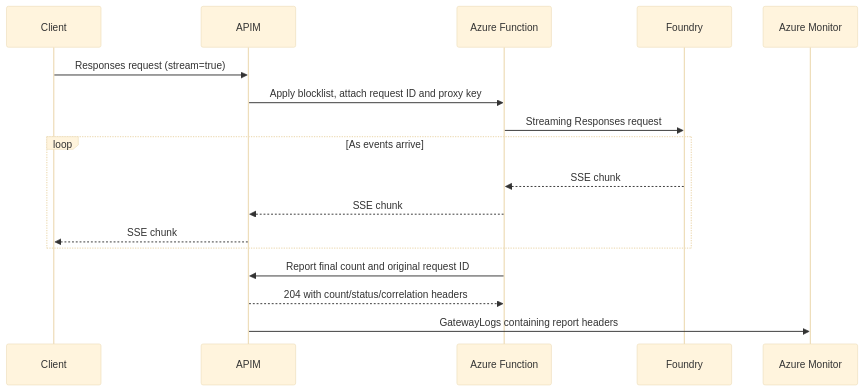
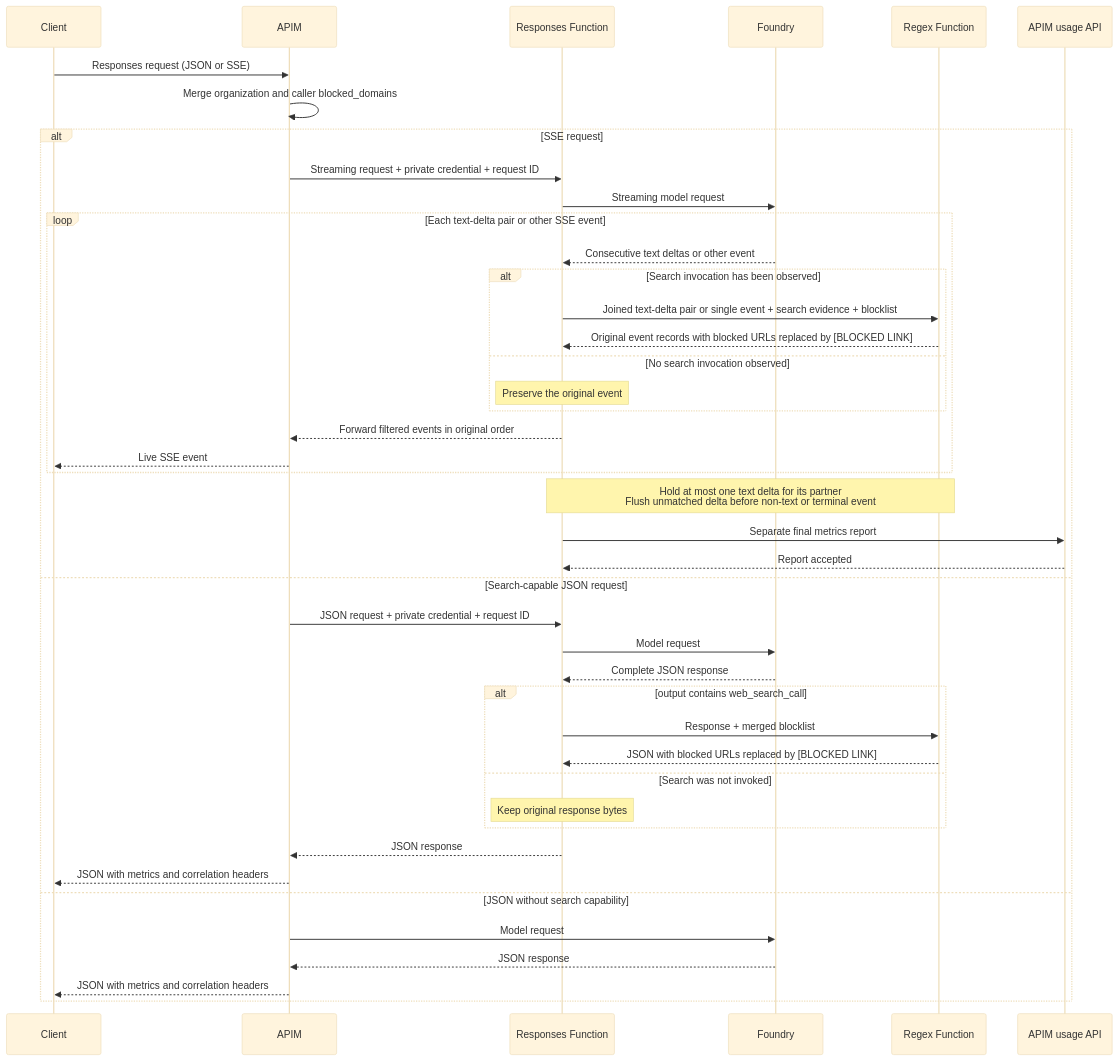
One commit to jakeatmsft/AI-Gateway changed the second of 2 diagrams in labs/ai-foundry-web-search-blocklist/README.md. Above: the diagram before and after it, drawn with Mermaid (base theme). The commit also changed other lines of this file and 55 other files, not shown here.

Commit message:
adding example for search blocklist

````diff
--- a/labs/ai-foundry-web-search-blocklist/README.md
+++ b/labs/ai-foundry-web-search-blocklist/README.md
@@ -11,20 +42,45 @@
 ```mermaid
 sequenceDiagram
     participant Client
     participant APIM
-    participant Proxy as Azure Function
+    participant Proxy as Responses Function
     participant Foundry
-    participant Logs as Azure Monitor
-
-    Client->>APIM: Responses request (stream=true)
-    APIM->>Proxy: Apply blocklist, attach request ID and proxy key
-    Proxy->>Foundry: Streaming Responses request
-    loop As events arrive
-        Foundry-->>Proxy: SSE chunk
-        Proxy-->>APIM: SSE chunk
-        APIM-->>Client: SSE chunk
+    participant Redactor as Regex Function
+    participant Usage as APIM usage API
+    Client->>APIM: Responses request (JSON or SSE)
+    APIM->>APIM: Merge organization and caller blocked_domains
+    alt SSE request
+        APIM->>Proxy: Streaming request + private credential + request ID
+        Proxy->>Foundry: Streaming model request
+        loop Each text-delta pair or other SSE event
+            Foundry-->>Proxy: Consecutive text deltas or other event
+            alt Search invocation has been observed
+                Proxy->>Redactor: Joined text-delta pair or single event + search evidence + blocklist
+                Redactor-->>Proxy: Original event records with blocked URLs replaced by [BLOCKED LINK]
+            else No search invocation observed
+                Note over Proxy: Preserve the original event
+            end
+            Proxy-->>APIM: Forward filtered events in original order
+            APIM-->>Client: Live SSE event
+        end
+        Note over Proxy,Redactor: Hold at most one text delta for its partner<br/>Flush unmatched delta before non-text or terminal event
+        Proxy->>Usage: Separate final metrics report
+        Usage-->>Proxy: Report accepted
+    else Search-capable JSON request
+        APIM->>Proxy: JSON request + private credential + request ID
+        Proxy->>Foundry: Model request
+        Foundry-->>Proxy: Complete JSON response
+        alt output contains web_search_call
+            Proxy->>Redactor: Response + merged blocklist
+            Redactor-->>Proxy: JSON with blocked URLs replaced by [BLOCKED LINK]
+        else Search was not invoked
+            Note over Proxy: Keep original response bytes
+        end
+        Proxy-->>APIM: JSON response
+        APIM-->>Client: JSON with metrics and correlation headers
+    else JSON without search capability
+        APIM->>Foundry: Model request
+        Foundry-->>APIM: JSON response
+        APIM-->>Client: JSON with metrics and correlation headers
     end
-    Proxy->>APIM: Report final count and original request ID
-    APIM-->>Proxy: 204 with count/status/correlation headers
-    APIM->>Logs: GatewayLogs containing report headers
 ```
````
